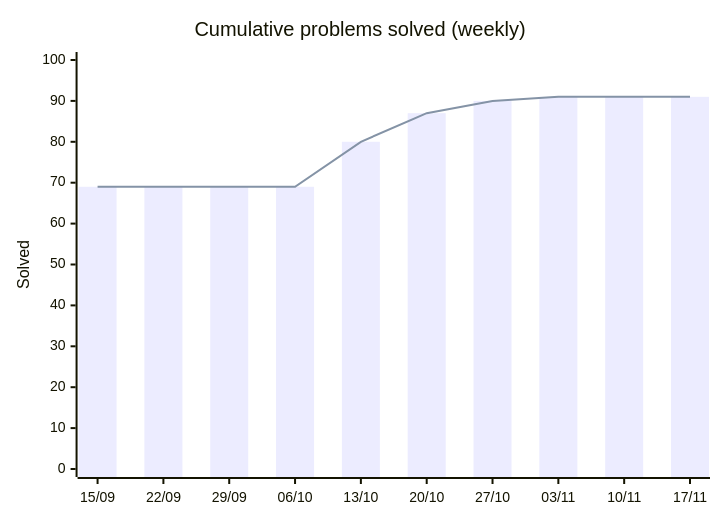
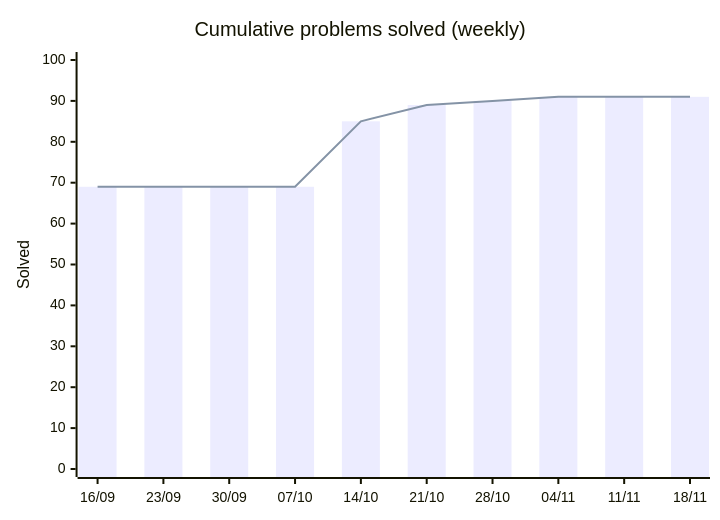
The first of 2 diagrams in README.md (HarryTrn/TensorTonic-Solutions), drawn with Mermaid before and after one commit. The commit also changed other lines of this file, not shown here.

Commit message:
docs: auto-update README [skip ci]

````diff
--- a/README.md
+++ b/README.md
@@ -65,8 +65,8 @@
 ```mermaid
 xychart-beta
     title "Cumulative problems solved (weekly)"
-    x-axis ["15/09", "22/09", "29/09", "06/10", "13/10", "20/10", "27/10", "03/11", "10/11", "17/11"]
+    x-axis ["16/09", "23/09", "30/09", "07/10", "14/10", "21/10", "28/10", "04/11", "11/11", "18/11"]
     y-axis "Solved" 0 --> 100
-    bar [69, 69, 69, 69, 80, 87, 90, 91, 91, 91]
-    line [69, 69, 69, 69, 80, 87, 90, 91, 91, 91]
+    bar [69, 69, 69, 69, 85, 89, 90, 91, 91, 91]
+    line [69, 69, 69, 69, 85, 89, 90, 91, 91, 91]
 ```
````
